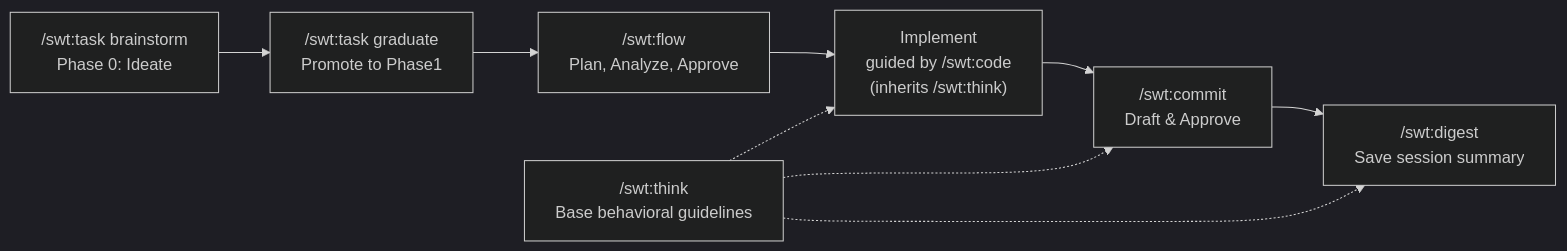
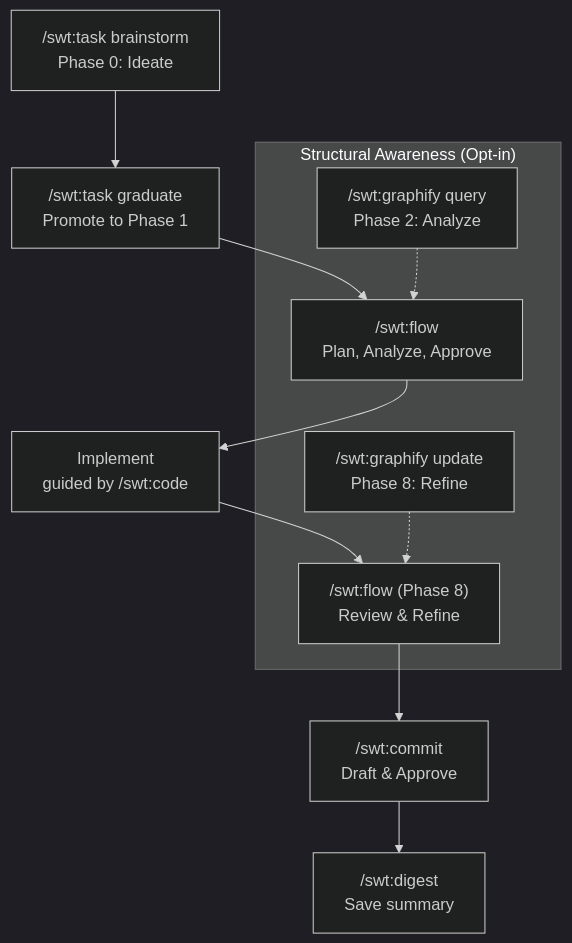
Before and after one commit to smashweaver/simple-workflow-toolkit: the diagram in SKILLS.md, drawn with Mermaid (dark theme). The commit also changed other lines of this file and 7 other files, not shown here.

First line of the commit message:
feat(graphify): implement explicit opt-in lifecycle controls

````diff
--- a/SKILLS.md
+++ b/SKILLS.md
@@ -42,11 +43,14 @@
 ```mermaid
-flowchart LR
-    A["/swt:task brainstorm\nPhase 0: Ideate"] --> B["/swt:task graduate\nPromote to Phase1"]
+flowchart TD
+    A["/swt:task brainstorm\nPhase 0: Ideate"] --> B["/swt:task graduate\nPromote to Phase 1"]
     B --> C["/swt:flow\nPlan, Analyze, Approve"]
-    C --> D["Implement\nguided by /swt:code\n(inherits /swt:think)"]
-    D --> E["/swt:commit\nDraft & Approve"]
-    E --> F["/swt:digest\nSave session summary"]
-    G["/swt:think\nBase behavioral guidelines"] -.-> D
-    G -.-> E
-    G -.-> F
+    C --> D["Implement\nguided by /swt:code"]
+    D --> E["/swt:flow (Phase 8)\nReview & Refine"]
+    E --> F["/swt:commit\nDraft & Approve"]
+    F --> G["/swt:digest\nSave summary"]
+    
+    subgraph "Structural Awareness (Opt-in)"
+    H["/swt:graphify query\nPhase 2: Analyze"] -.-> C
+    I["/swt:graphify update\nPhase 8: Refine"] -.-> E
+    end
 ```
````
